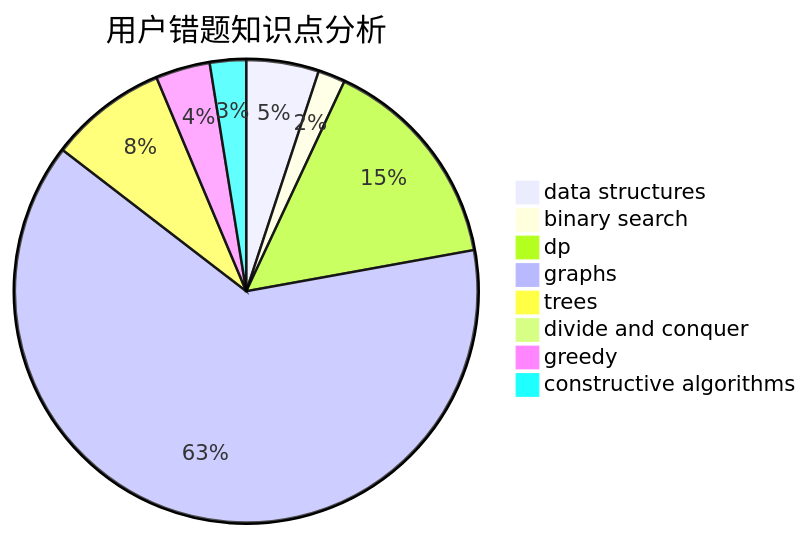
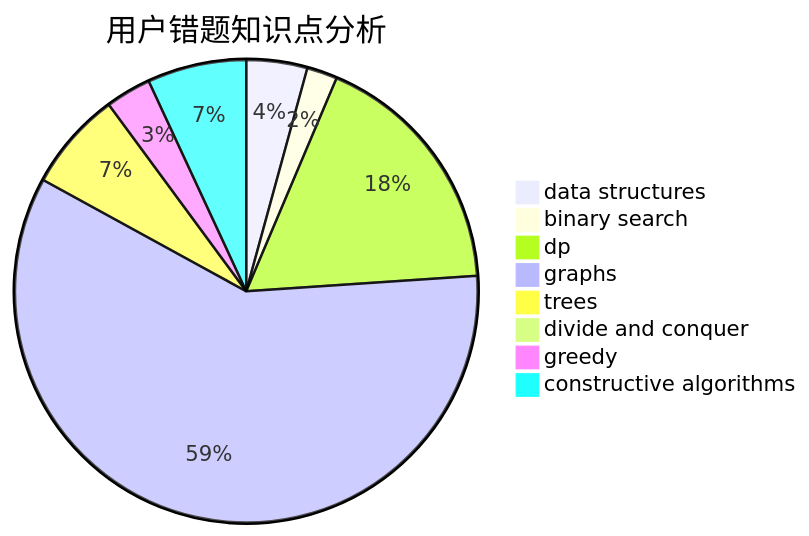
One commit to sherpahu/cfrs.github.io changed the third of 3 diagrams in docs/user/u1528.md. Above: the diagram before and after it, drawn with Mermaid. The commit also changed other lines of this file and 2770 other files, not shown here.

````diff
--- a/docs/user/u1528.md
+++ b/docs/user/u1528.md
@@ -36,11 +36,11 @@
 ```mermaid
 pie title 用户错题知识点分析
     "data structures" :  8
-    "binary search" :  3
-    "dp" :  24
-    "graphs" :  100
+    "binary search" :  4
+    "dp" :  33
+    "graphs" :  111
     "trees" :  13
     "divide and conquer" :  0
     "greedy" :  6
-    "constructive algorithms" :  4
+    "constructive algorithms" :  13
 ```
````
